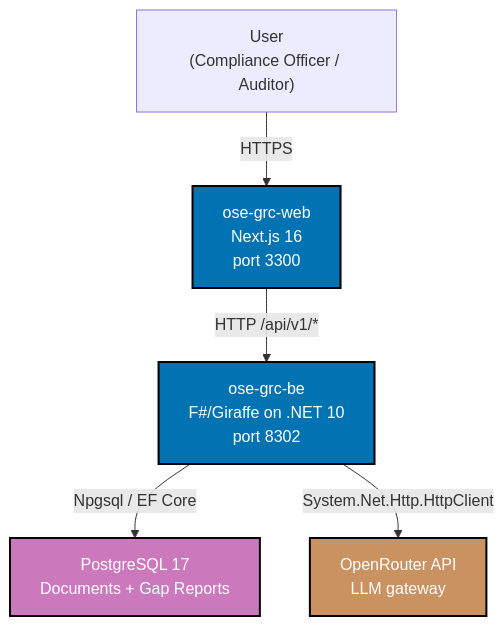
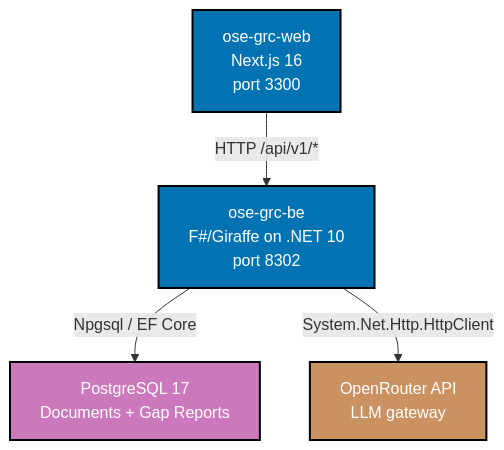
The diagram in specs/apps/ose-grc/containers/container.md (wahidyankf/open-sharia-enterprise), drawn with Mermaid before and after one commit.

Commit message:
fix(specs/ose-grc): reduce container.md Mermaid diagram to 4 nodes
Remove external User actor from C4 L2 container diagram — C4 L2 shows
containers only; actors belong in L1 system context. This also fixes
the validate:mermaid pre-push check (span 5 exceeded max-width 4).

````diff
--- a/specs/apps/ose-grc/containers/container.md
+++ b/specs/apps/ose-grc/containers/container.md
@@ -3,21 +3,18 @@
 ```mermaid
 %% Color Palette: Blue #0173B2 (app), Purple #CC78BC (data), Brown #CA9161 (external)
 %% All colors meet WCAG AA contrast standards and are color-blind friendly.
 
 graph TD
-    User["User<br/>(Compliance Officer / Auditor)"]
-
     WEB["ose-grc-web<br/>Next.js 16<br/>port 3300"]:::app
     BE["ose-grc-be<br/>F#/Giraffe on .NET 10<br/>port 8302"]:::app
     PG["PostgreSQL 17<br/>Documents + Gap Reports"]:::data
     OR["OpenRouter API<br/>LLM gateway"]:::external
 
-    User -->|HTTPS| WEB
     WEB -->|HTTP /api/v1/*| BE
     BE -->|Npgsql / EF Core| PG
     BE -->|System.Net.Http.HttpClient| OR
 
     classDef app fill:#0173B2,stroke:#000000,color:#FFFFFF,stroke-width:2px
     classDef data fill:#CC78BC,stroke:#000000,color:#FFFFFF,stroke-width:2px
     classDef external fill:#CA9161,stroke:#000000,color:#FFFFFF,stroke-width:2px
 ```
````
